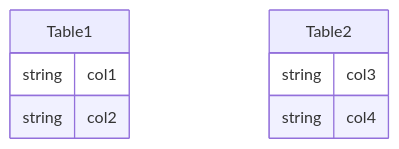
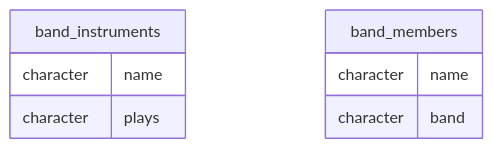
Before and after one commit to mc-scott/ds-blog: the diagram in posts/dynamic-quarto-documentation/erd.mmd, drawn with Mermaid. The commit also changed 7 other files, not shown here.

Commit message:
updating mermaid diagram blog

```diff
--- a/posts/dynamic-quarto-documentation/erd.mmd
+++ b/posts/dynamic-quarto-documentation/erd.mmd
@@ -1,1 +1,1 @@
-erDiagram Table1 { string col1  string col2} Table2 { string col3  string col4}
+erDiagram band_instruments { character name  character plays} band_members { character name  character band}
```
